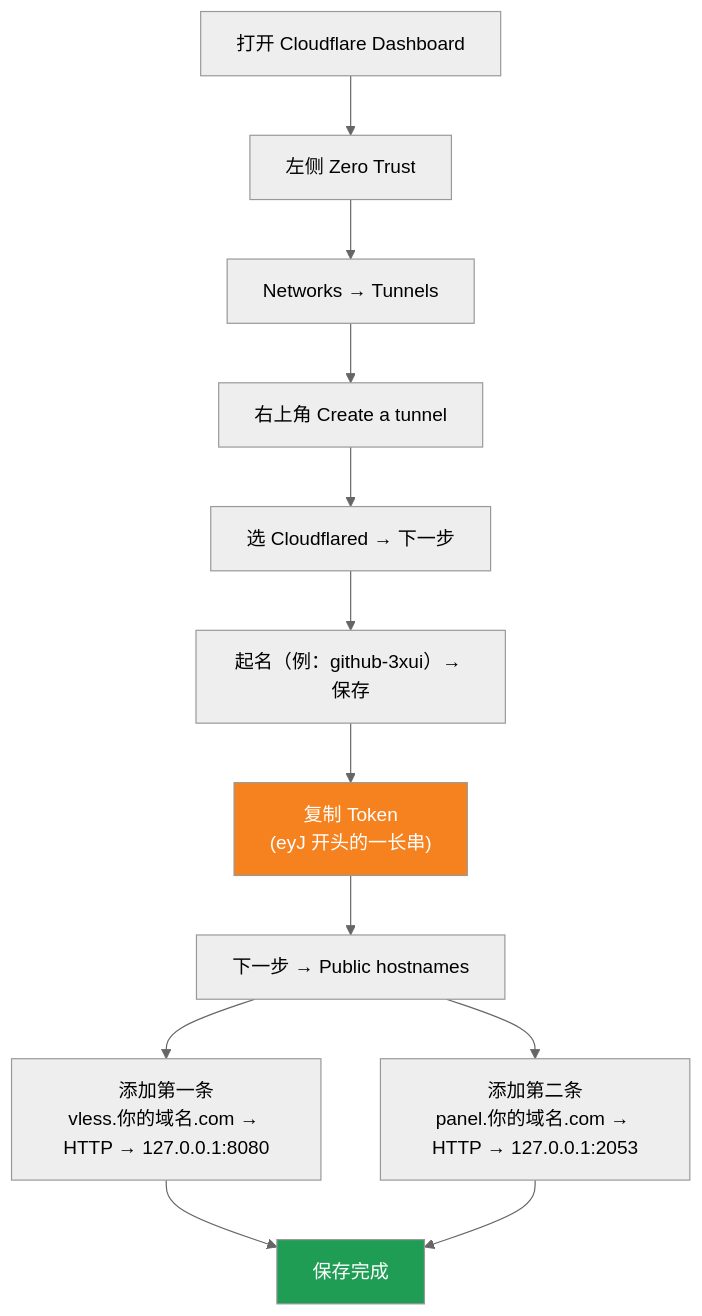
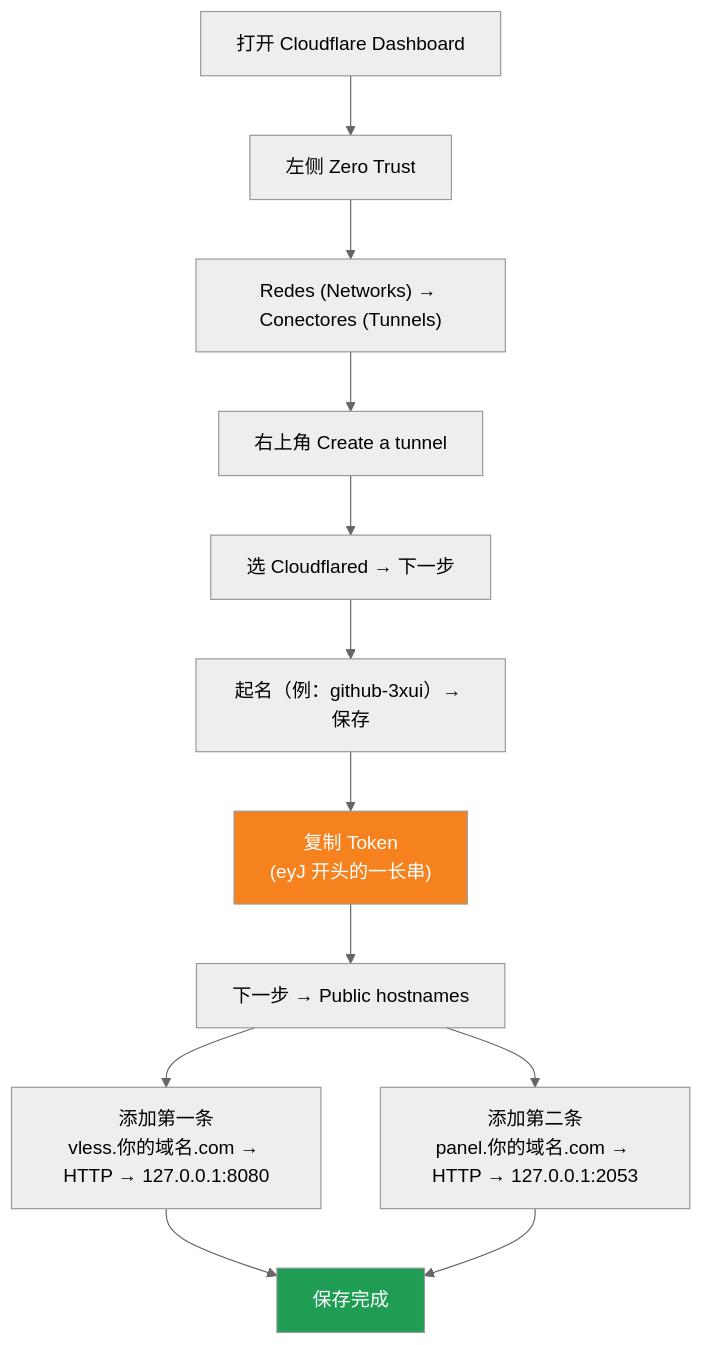
The third of 3 diagrams in README.es.md (1246437945/cloud-3xui), drawn with Mermaid (neutral theme) before and after one commit. The commit also changed other lines of this file, not shown here.

Commit message:
docs: UI labels

````diff
--- a/README.es.md
+++ b/README.es.md
@@ -73,17 +73,17 @@
 ```mermaid
 flowchart TD
     A["打开 Cloudflare Dashboard"] --> B["左侧 Zero Trust"]
-    B --> C["Networks → Tunnels"]
+    B --> C["Redes (Networks) → Conectores (Tunnels)"]
     C --> D["右上角 Create a tunnel"]
     D --> E["选 Cloudflared → 下一步"]
     E --> F["起名（例：github-3xui）→ 保存"]
     F --> G["复制 Token<br/>(eyJ 开头的一长串)"]
     G --> H["下一步 → Public hostnames"]
     H --> I["添加第一条<br/>vless.你的域名.com → HTTP → 127.0.0.1:8080"]
     H --> J["添加第二条<br/>panel.你的域名.com → HTTP → 127.0.0.1:2053"]
     I --> K["保存完成"]
     J --> K
 
     style G fill:#f6821f,color:#fff
     style K fill:#1f9d55,color:#fff
 ```
````
